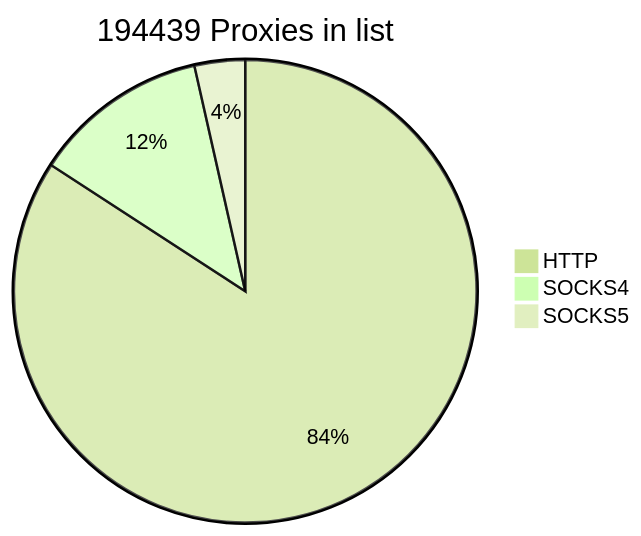
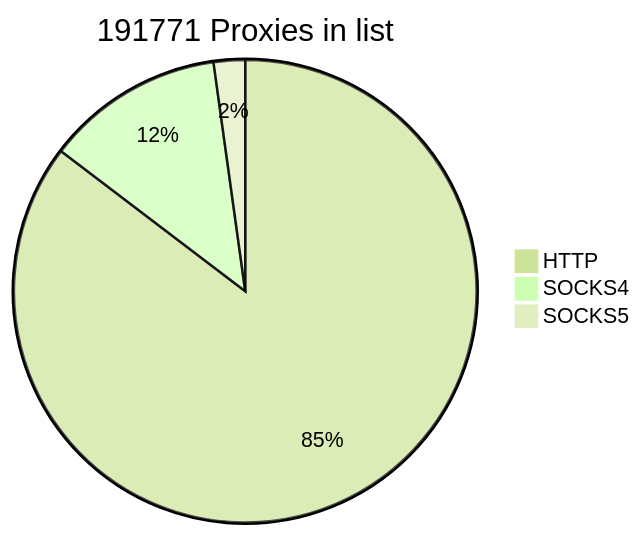
One commit to cutipu/proxylist changed the first of 2 diagrams in README.md. Above: the diagram before and after it, drawn with Mermaid (forest theme). The commit also changed other lines of this file, not shown here.

````diff
--- a/README.md
+++ b/README.md
@@ -2,7 +2,7 @@
 ```mermaid
-pie title 194439 Proxies in list
+pie title 191771 Proxies in list
     "HTTP" : 163666
-    "SOCKS4" : 23907
-    "SOCKS5" : 6866
+    "SOCKS4" : 23893
+    "SOCKS5" : 4212
             
 ```
````
